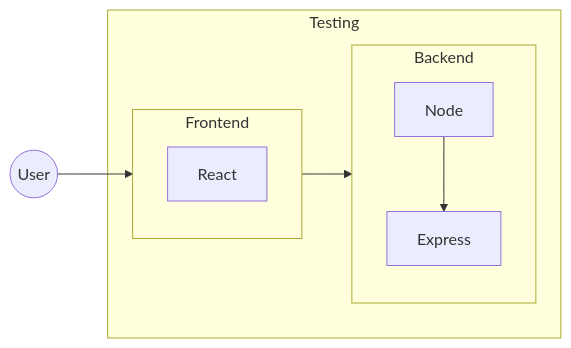
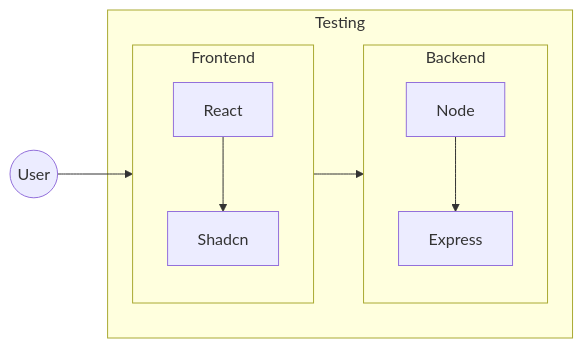
The third of 7 diagrams in Readme.md (OfficialApurvChatur/POC02), drawn with Mermaid before and after one commit. The commit also changed other lines of this file and 14 other files, not shown here.

````diff
--- a/Readme.md
+++ b/Readme.md
@@ -48,18 +48,20 @@
 ```mermaid
   flowchart LR
     User(("User"))
     subgraph Testing["Testing"]
       subgraph Frontend["Frontend"]
         React["React"]
+        Shadcn["Shadcn"]
       end
 
       subgraph Backend["Backend"]
         Node["Node"]
         Express["Express"]
       end
     end
 
     User --> Frontend
+      React --> Shadcn
     Frontend --> Backend
       Node --> Express
 ```
````
